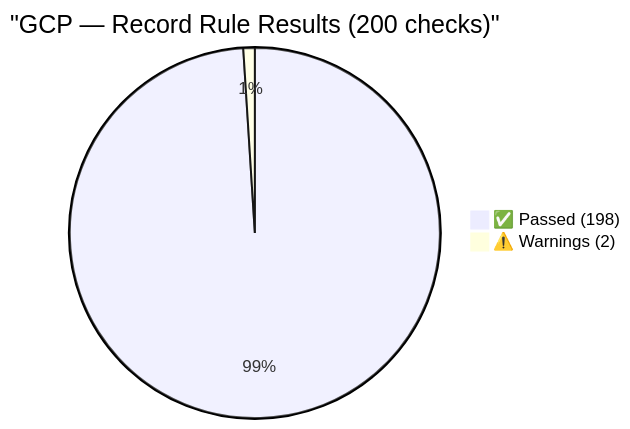
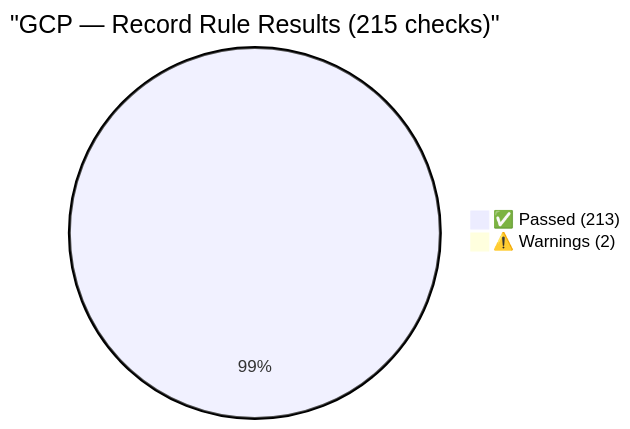
Before and after one commit to Vulnetix/ietf-crit-spec: the sixth of 8 diagrams in tests/reports/crit-test-report.md, drawn with Mermaid. The commit also changed other lines of this file and 14 other files, not shown here.

````diff
--- a/tests/reports/crit-test-report.md
+++ b/tests/reports/crit-test-report.md
@@ -338,5 +347,5 @@
 ```mermaid
-pie title "GCP — Record Rule Results (200 checks)"
-    "✅ Passed (198)" : 198
+pie title "GCP — Record Rule Results (215 checks)"
+    "✅ Passed (213)" : 213
     "⚠️ Warnings (2)" : 2
 ```
````
